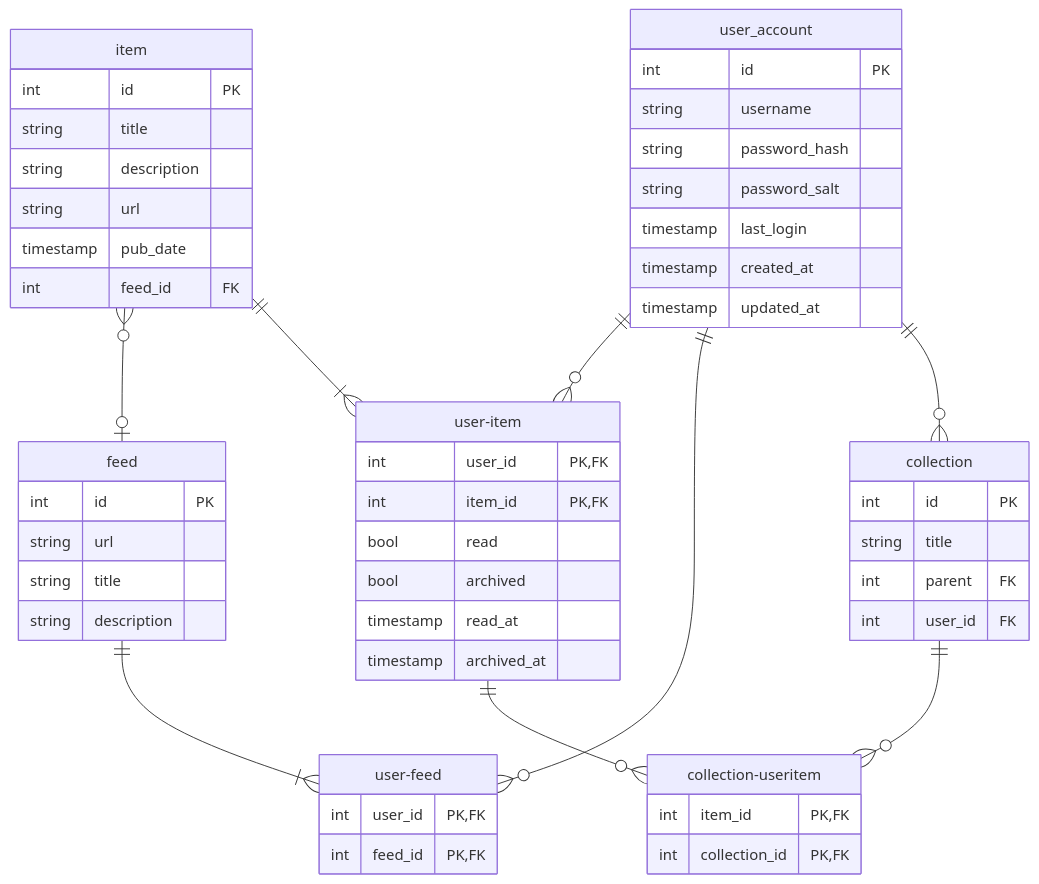
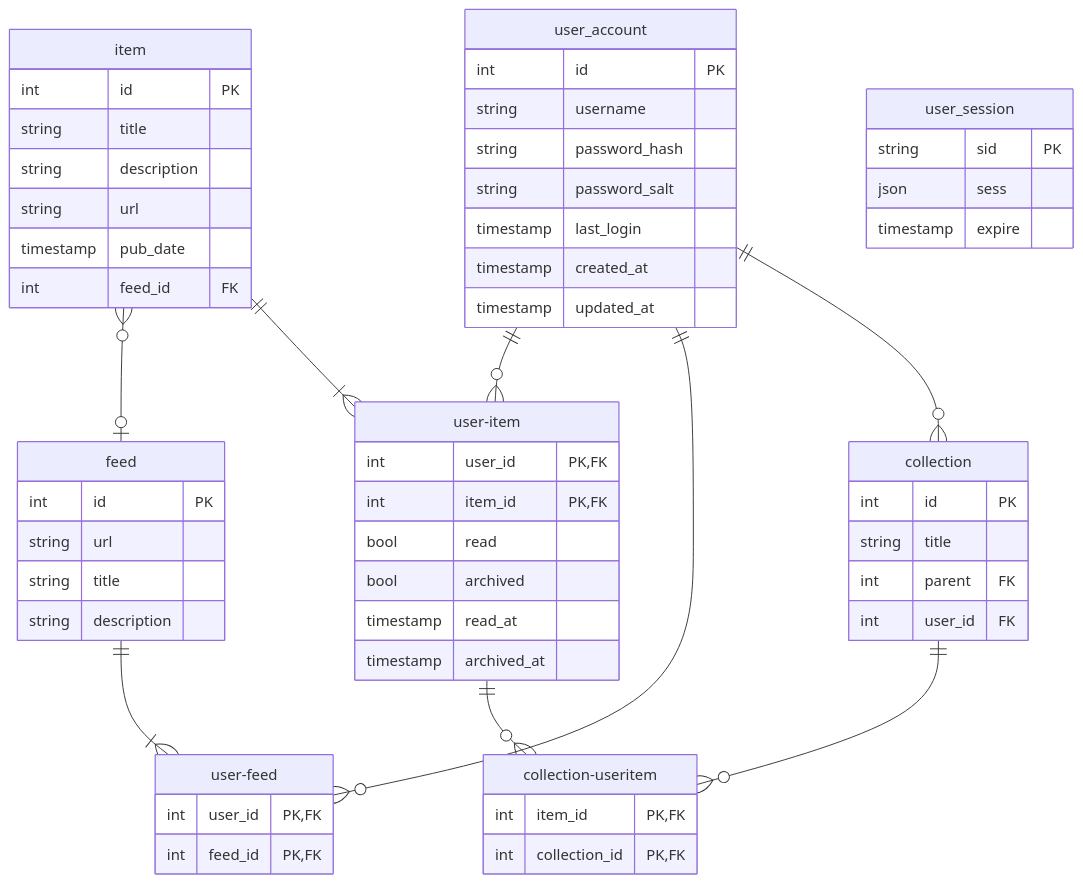
The diagram in database/README.md (tylershelton/inflow), drawn with Mermaid before and after one commit.

Commit message:
Document the user_session table

````diff
--- a/database/README.md
+++ b/database/README.md
@@ -3,60 +3,65 @@
 ```mermaid
 erDiagram
   collection {
 	  int id PK
 	  string title
 	  int parent FK
 	  int user_id FK
 	}
 	feed {
 		int id PK
 		string url
 		string title
 		string description
 	}
 	item {
 		int id PK
 		string title
 		string description
 		string url
 		timestamp pub_date
 		int feed_id FK
 	}
 	user_account {
 		int id PK
 		string username
 		string password_hash
 		string password_salt
 		timestamp last_login
 		timestamp created_at
 		timestamp updated_at
 	}
+	user_session {
+		string sid PK
+		json sess
+		timestamp expire
+	}
 	collection-useritem {
 		int item_id PK,FK
 		int collection_id PK,FK
 	}
 	user-feed {
 		int user_id PK,FK
 		int feed_id PK,FK
 	}
 	user-item {
 		int user_id PK,FK
 		int item_id PK,FK
 		bool read
 		bool archived
 		timestamp read_at
 		timestamp archived_at
 	}
 	
 	item zero or many -- zero or one feed : ""
 	user-item one -- zero or more collection-useritem : ""
 	item one -- one or more user-item : ""
 
 	user_account one -- zero or more user-item  : ""
 	user_account one -- zero or more user-feed  : ""
 	user_account one -- zero or more collection : ""
 	
 	feed one -- one or more user-feed : ""
 	
 	collection one -- zero or more collection-useritem : ""
 ```
````
